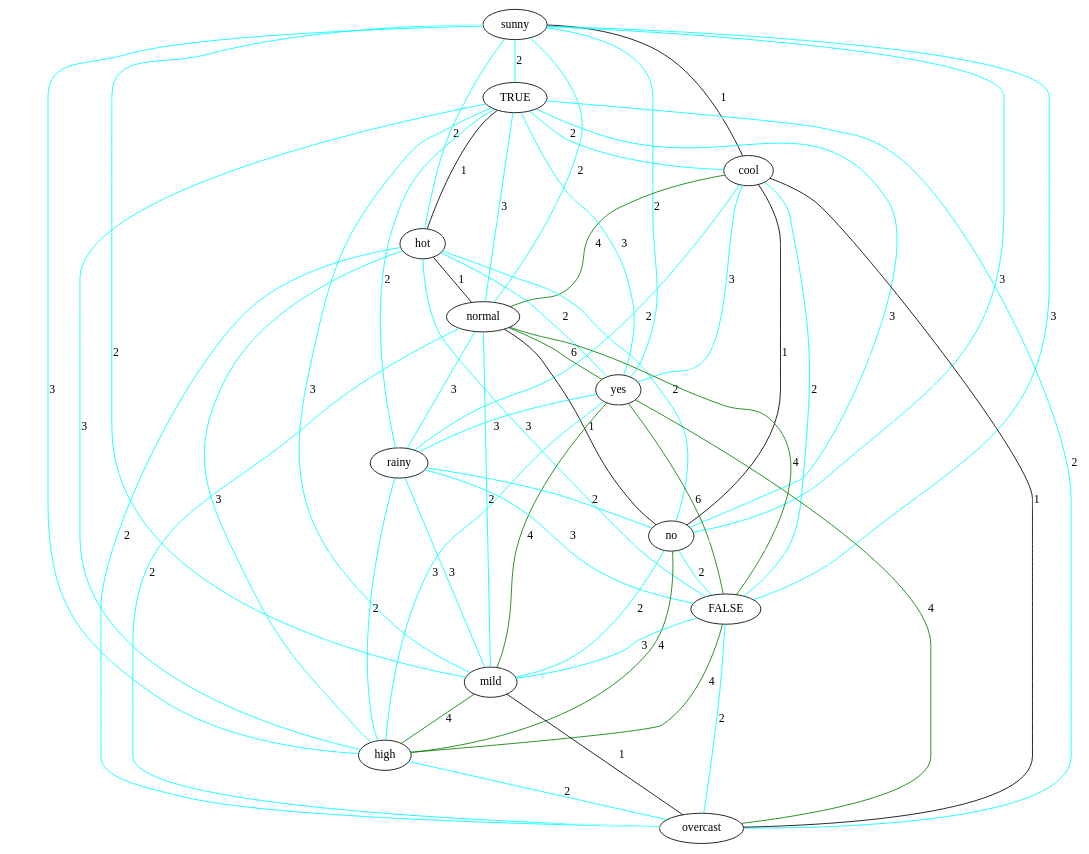
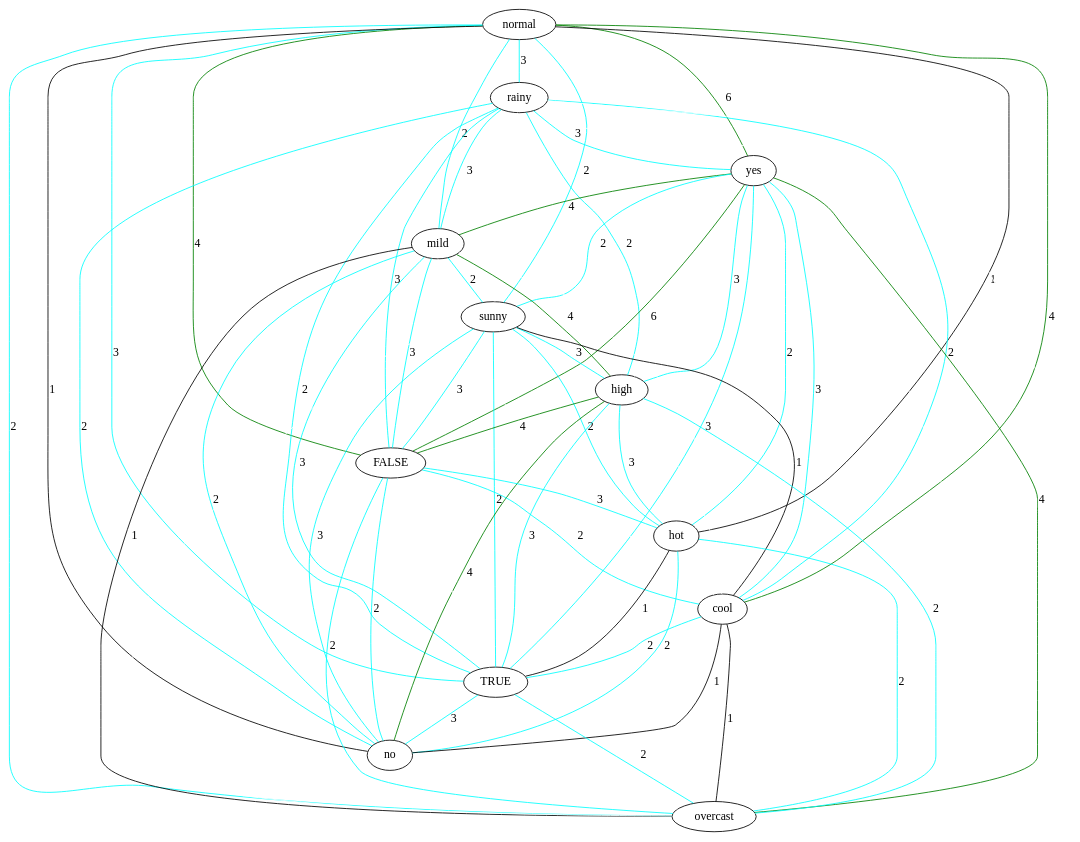
The diagram in src/final/exponentialGraph.dot (lrodrin/TFG), drawn with Graphviz before and after one commit. The commit also changed 4 other files, not shown here.

```diff
--- a/src/final/exponentialGraph.dot
+++ b/src/final/exponentialGraph.dot
@@ -1,80 +1,80 @@
 strict graph "" {
+normal;
+rainy;
+yes;
+mild;
 sunny;
+high;
+FALSE;
+hot;
+cool;
 TRUE;
-cool;
-hot;
-normal;
-yes;
-rainy;
 no;
-FALSE;
-mild;
-high;
 overcast;
-sunny -- overcast  [color=white];
-sunny -- normal  [color=cyan, label=2];
-sunny -- yes  [color=cyan, label=2];
-sunny -- rainy  [color=white];
-sunny -- no  [color=cyan, label=3];
-sunny -- FALSE  [color=cyan, label=3];
-sunny -- mild  [color=cyan, label=2];
+normal -- FALSE  [color=green, label=4];
+normal -- rainy  [color=cyan, label=3];
+normal -- yes  [color=green, label=6];
+normal -- cool  [color=green, label=4];
+normal -- hot  [color=black, label=1];
+normal -- mild  [color=cyan, label=2];
+normal -- sunny  [color=cyan, label=2];
+normal -- TRUE  [color=cyan, label=3];
+normal -- no  [color=black, label=1];
+normal -- overcast  [color=cyan, label=2];
+normal -- high  [color=white];
+rainy -- FALSE  [color=cyan, label=3];
+rainy -- yes  [color=cyan, label=3];
+rainy -- cool  [color=cyan, label=2];
+rainy -- hot  [color=white];
+rainy -- mild  [color=cyan, label=3];
+rainy -- sunny  [color=white];
+rainy -- TRUE  [color=cyan, label=2];
+rainy -- no  [color=cyan, label=2];
+rainy -- overcast  [color=white];
+rainy -- high  [color=cyan, label=2];
+yes -- cool  [color=cyan, label=3];
+yes -- TRUE  [color=cyan, label=3];
+yes -- hot  [color=cyan, label=2];
+yes -- mild  [color=green, label=4];
+yes -- high  [color=cyan, label=3];
+yes -- FALSE  [color=green, label=6];
+yes -- no  [color=white];
+yes -- overcast  [color=green, label=4];
+yes -- sunny  [color=cyan, label=2];
+mild -- cool  [color=white];
+mild -- TRUE  [color=cyan, label=3];
+mild -- hot  [color=white];
+mild -- sunny  [color=cyan, label=2];
+mild -- FALSE  [color=cyan, label=3];
+mild -- no  [color=cyan, label=2];
+mild -- overcast  [color=black, label=1];
+mild -- high  [color=green, label=4];
 sunny -- TRUE  [color=cyan, label=2];
-sunny -- high  [color=cyan, label=3];
 sunny -- hot  [color=cyan, label=2];
 sunny -- cool  [color=black, label=1];
-TRUE -- normal  [color=cyan, label=3];
-TRUE -- yes  [color=cyan, label=3];
-TRUE -- rainy  [color=cyan, label=2];
+sunny -- FALSE  [color=cyan, label=3];
+sunny -- no  [color=cyan, label=3];
+sunny -- overcast  [color=white];
+sunny -- high  [color=cyan, label=3];
+high -- TRUE  [color=cyan, label=3];
+high -- hot  [color=cyan, label=3];
+high -- cool  [color=white];
+high -- FALSE  [color=green, label=4];
+high -- no  [color=green, label=4];
+high -- overcast  [color=cyan, label=2];
+FALSE -- cool  [color=cyan, label=2];
+FALSE -- hot  [color=cyan, label=3];
+FALSE -- TRUE  [color=white];
+FALSE -- no  [color=cyan, label=2];
+FALSE -- overcast  [color=cyan, label=2];
+hot -- cool  [color=white];
+hot -- TRUE  [color=black, label=1];
+hot -- no  [color=cyan, label=2];
+hot -- overcast  [color=cyan, label=2];
+cool -- TRUE  [color=cyan, label=2];
+cool -- no  [color=black, label=1];
+cool -- overcast  [color=black, label=1];
 TRUE -- no  [color=cyan, label=3];
-TRUE -- FALSE  [color=white];
-TRUE -- mild  [color=cyan, label=3];
 TRUE -- overcast  [color=cyan, label=2];
-TRUE -- high  [color=cyan, label=3];
-TRUE -- hot  [color=black, label=1];
-TRUE -- cool  [color=cyan, label=2];
-cool -- normal  [color=green, label=4];
-cool -- yes  [color=cyan, label=3];
-cool -- rainy  [color=cyan, label=2];
-cool -- no  [color=black, label=1];
-cool -- FALSE  [color=cyan, label=2];
-cool -- mild  [color=white];
-cool -- high  [color=white];
-cool -- hot  [color=white];
-cool -- overcast  [color=black, label=1];
-hot -- overcast  [color=cyan, label=2];
-hot -- normal  [color=black, label=1];
-hot -- yes  [color=cyan, label=2];
-hot -- rainy  [color=white];
-hot -- no  [color=cyan, label=2];
-hot -- FALSE  [color=cyan, label=3];
-hot -- mild  [color=white];
-hot -- high  [color=cyan, label=3];
-normal -- overcast  [color=cyan, label=2];
-normal -- high  [color=white];
-normal -- yes  [color=green, label=6];
-normal -- rainy  [color=cyan, label=3];
-normal -- no  [color=black, label=1];
-normal -- FALSE  [color=green, label=4];
-normal -- mild  [color=cyan, label=2];
-yes -- overcast  [color=green, label=4];
-yes -- rainy  [color=cyan, label=3];
-yes -- no  [color=white];
-yes -- FALSE  [color=green, label=6];
-yes -- mild  [color=green, label=4];
-yes -- high  [color=cyan, label=3];
-rainy -- overcast  [color=white];
-rainy -- no  [color=cyan, label=2];
-rainy -- FALSE  [color=cyan, label=3];
-rainy -- mild  [color=cyan, label=3];
-rainy -- high  [color=cyan, label=2];
 no -- overcast  [color=white];
-no -- FALSE  [color=cyan, label=2];
-no -- mild  [color=cyan, label=2];
-no -- high  [color=green, label=4];
-FALSE -- overcast  [color=cyan, label=2];
-FALSE -- mild  [color=cyan, label=3];
-FALSE -- high  [color=green, label=4];
-mild -- overcast  [color=black, label=1];
-mild -- high  [color=green, label=4];
-high -- overcast  [color=cyan, label=2];
 }
```
